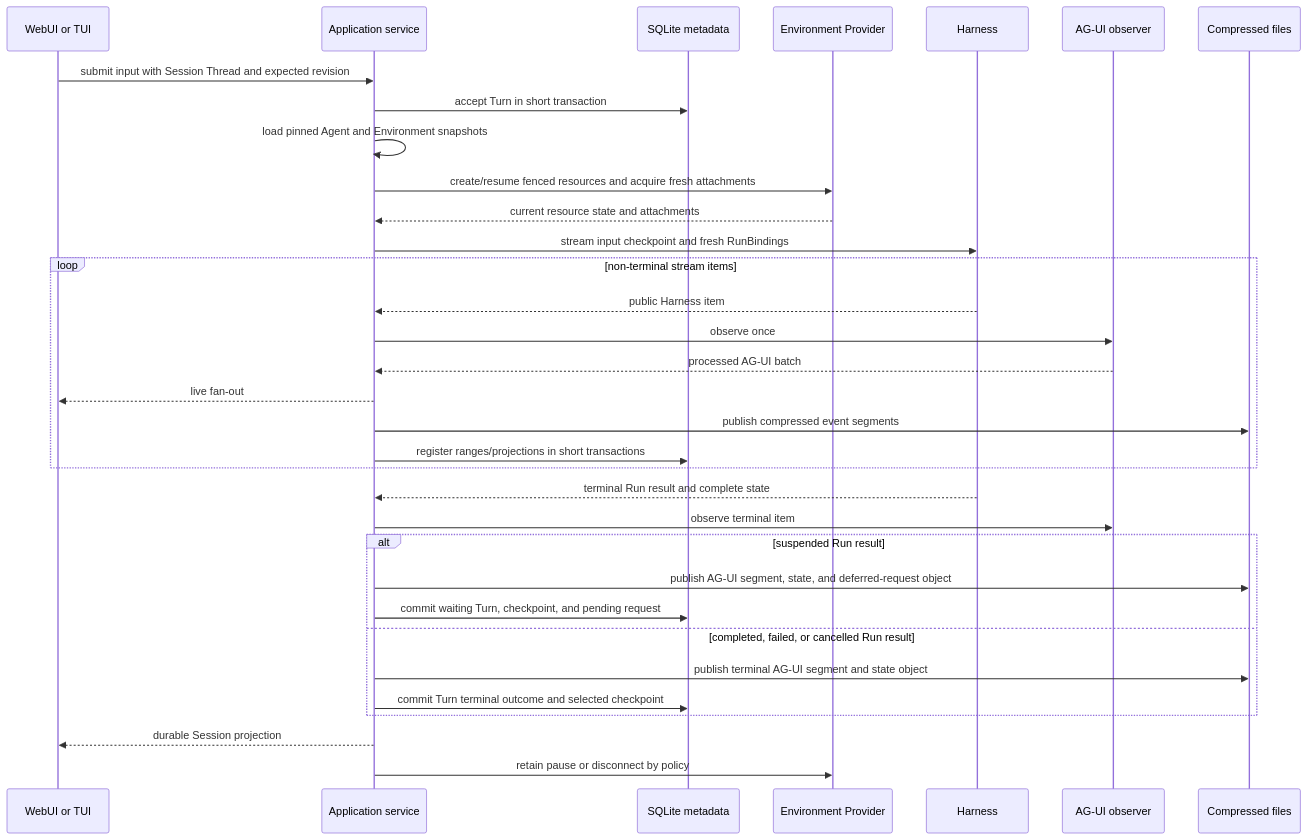
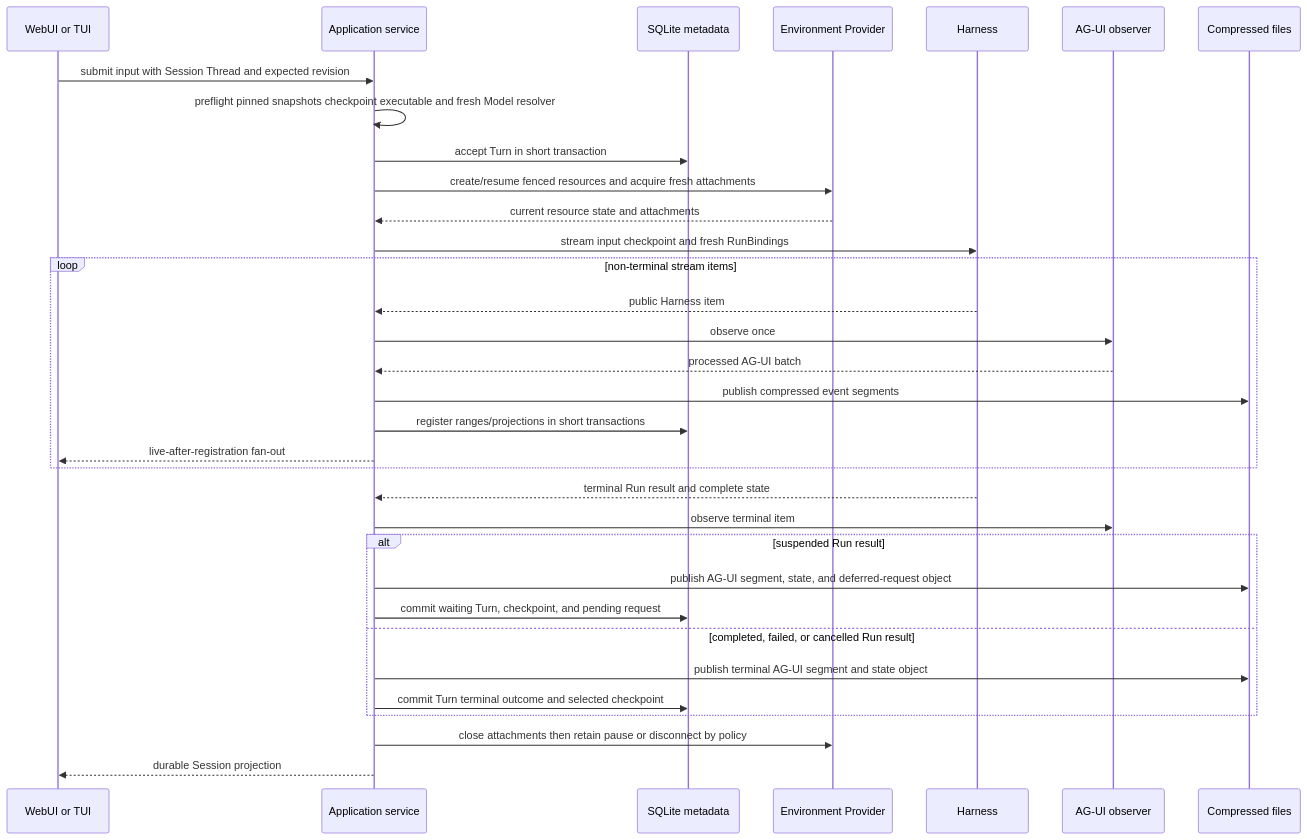
One commit to LTThreeComma/agent-foundation changed the third of 3 diagrams in spec/agent-ui/00-overview.md. Above: the diagram before and after it, drawn with Mermaid. The commit also changed other lines of this file and 116 other files, not shown here.

````diff
--- a/spec/agent-ui/00-overview.md
+++ b/spec/agent-ui/00-overview.md
@@ -163,36 +163,36 @@
 ```mermaid
 sequenceDiagram
     participant Surface as WebUI or TUI
     participant App as Application service
     participant DB as SQLite metadata
     participant Provider as Environment Provider
     participant Harness
     participant AGUI as AG-UI observer
     participant Files as Compressed files
 
     Surface->>App: submit input with Session Thread and expected revision
+    App->>App: preflight pinned snapshots checkpoint executable and fresh Model resolver
     App->>DB: accept Turn in short transaction
-    App->>App: load pinned Agent and Environment snapshots
     App->>Provider: create/resume fenced resources and acquire fresh attachments
     Provider-->>App: current resource state and attachments
     App->>Harness: stream input checkpoint and fresh RunBindings
     loop non-terminal stream items
         Harness-->>App: public Harness item
         App->>AGUI: observe once
         AGUI-->>App: processed AG-UI batch
-        App-->>Surface: live fan-out
         App->>Files: publish compressed event segments
         App->>DB: register ranges/projections in short transactions
+        App-->>Surface: live-after-registration fan-out
     end
     Harness-->>App: terminal Run result and complete state
     App->>AGUI: observe terminal item
     alt suspended Run result
         App->>Files: publish AG-UI segment, state, and deferred-request object
         App->>DB: commit waiting Turn, checkpoint, and pending request
     else completed, failed, or cancelled Run result
         App->>Files: publish terminal AG-UI segment and state object
         App->>DB: commit Turn terminal outcome and selected checkpoint
     end
+    App->>Provider: close attachments then retain pause or disconnect by policy
     App-->>Surface: durable Session projection
-    App->>Provider: retain pause or disconnect by policy
 ```
````
